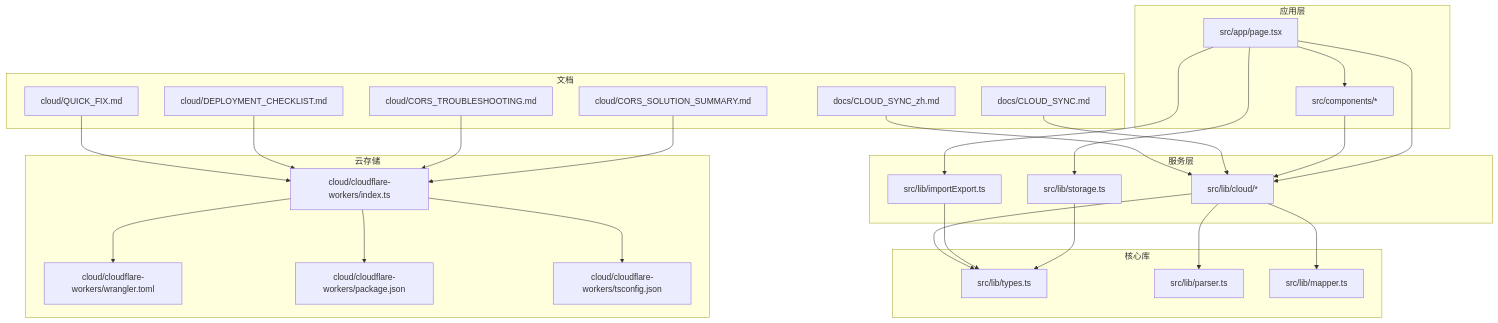
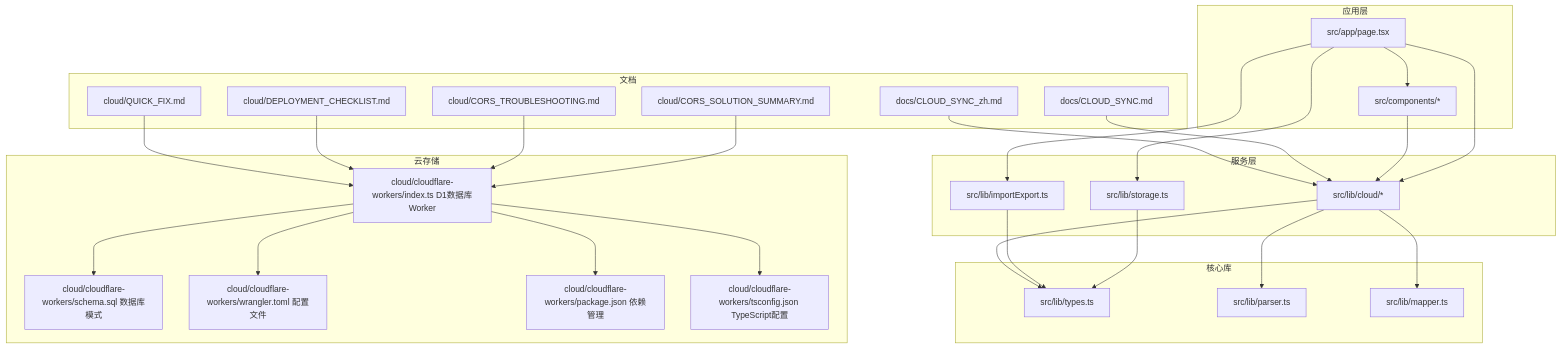
One commit to steveyu2/formula-mapper changed diagram 14 of 14 in .qoder/repowiki/zh/content/用户指南/数据管理/云存储系统.md. Above: the diagram before and after it, drawn with Mermaid. The commit also changed other lines of this file and 5 other files, not shown here.

````diff
--- a/.qoder/repowiki/zh/content/用户指南/数据管理/云存储系统.md
+++ b/.qoder/repowiki/zh/content/用户指南/数据管理/云存储系统.md
@@ -886,50 +947,52 @@
 ```mermaid
 graph TB
 subgraph "应用层"
 A[src/app/page.tsx]
 B[src/components/*]
 end
 subgraph "服务层"
 C[src/lib/storage.ts]
 D[src/lib/importExport.ts]
 E[src/lib/cloud/*]
 end
 subgraph "核心库"
 F[src/lib/types.ts]
 G[src/lib/parser.ts]
 H[src/lib/mapper.ts]
 end
 subgraph "云存储"
-I[cloud/cloudflare-workers/index.ts]
-J[cloud/cloudflare-workers/wrangler.toml]
-K[cloud/cloudflare-workers/package.json]
-L[cloud/cloudflare-workers/tsconfig.json]
+I[cloud/cloudflare-workers/index.ts D1数据库Worker]
+J[cloud/cloudflare-workers/schema.sql 数据库模式]
+K[cloud/cloudflare-workers/wrangler.toml 配置文件]
+L[cloud/cloudflare-workers/package.json 依赖管理]
+M[cloud/cloudflare-workers/tsconfig.json TypeScript配置]
 end
 subgraph "文档"
-M[docs/CLOUD_SYNC.md]
-N[docs/CLOUD_SYNC_zh.md]
-O[cloud/CORS_SOLUTION_SUMMARY.md]
-P[cloud/CORS_TROUBLESHOOTING.md]
-Q[cloud/DEPLOYMENT_CHECKLIST.md]
-R[cloud/QUICK_FIX.md]
+N[docs/CLOUD_SYNC.md]
+O[docs/CLOUD_SYNC_zh.md]
+P[cloud/CORS_SOLUTION_SUMMARY.md]
+Q[cloud/CORS_TROUBLESHOOTING.md]
+R[cloud/DEPLOYMENT_CHECKLIST.md]
+S[cloud/QUICK_FIX.md]
 end
 A --> B
 A --> C
 A --> D
 A --> E
 B --> E
 C --> F
 D --> F
 E --> F
 E --> G
 E --> H
 I --> J
 I --> K
 I --> L
-M --> E
+I --> M
 N --> E
-O --> I
+O --> E
 P --> I
 Q --> I
 R --> I
+S --> I
 ```
````
